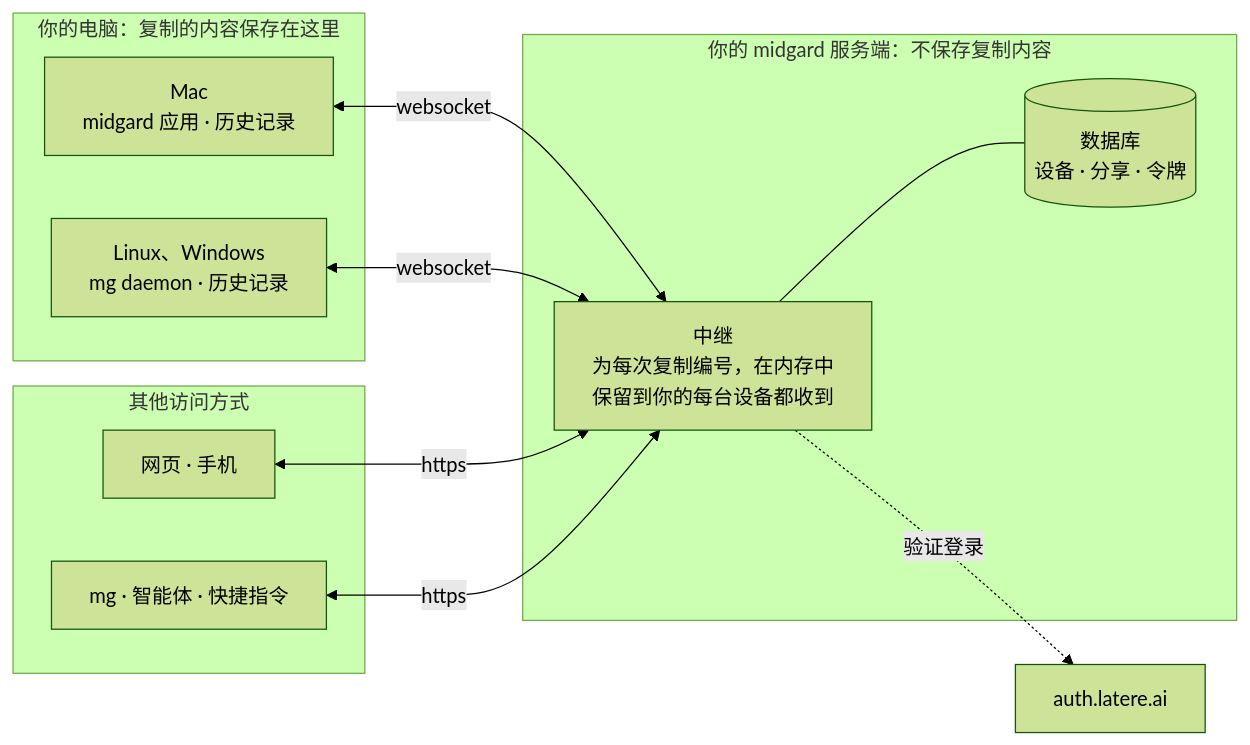
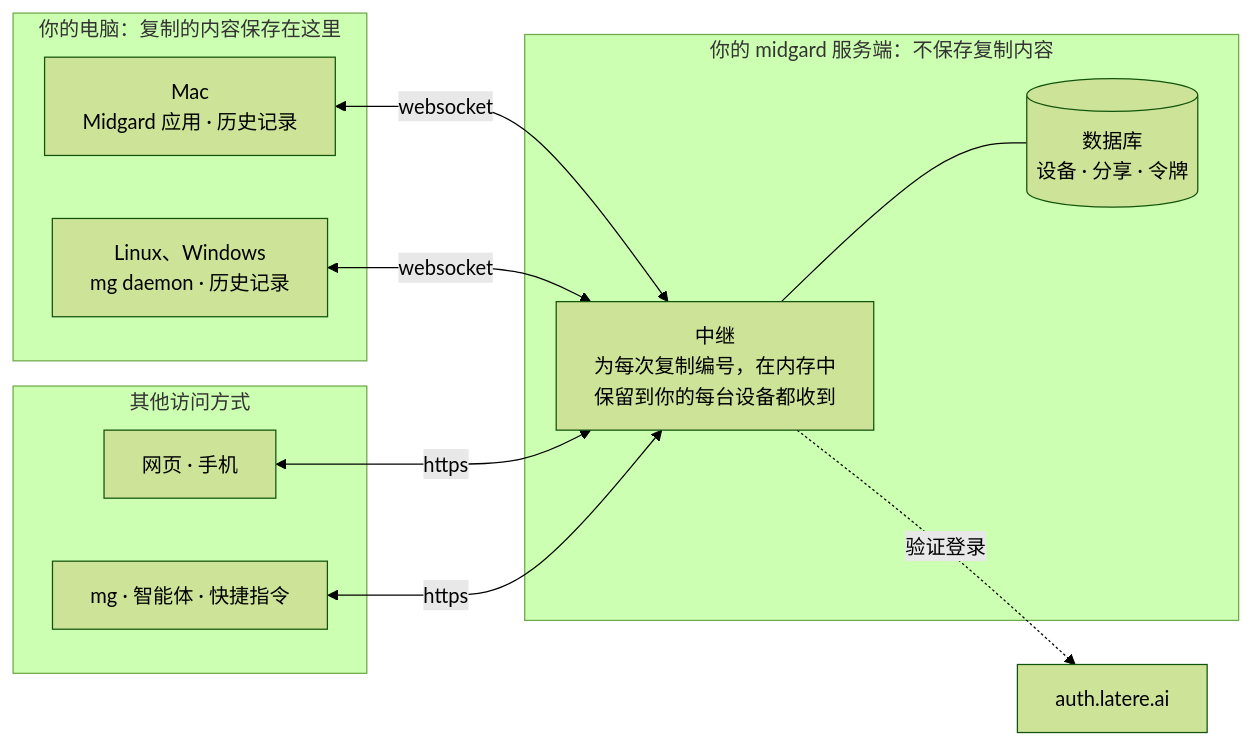
The first of 3 diagrams in docs/architecture.cn.md (changkun/midgard), drawn with Mermaid (forest theme) before and after one commit. The commit also changed 16 other files, not shown here.

First line of the commit message:
apple: give the Mac app its icon, and its name, Midgard

````diff
--- a/docs/architecture.cn.md
+++ b/docs/architecture.cn.md
@@ -7,22 +7,22 @@
 ```mermaid
 flowchart LR
     subgraph you["你的电脑：复制的内容保存在这里"]
-        A["Mac<br/>midgard 应用 · 历史记录"]
+        A["Mac<br/>Midgard 应用 · 历史记录"]
         B["Linux、Windows<br/>mg daemon · 历史记录"]
     end
     subgraph other["其他访问方式"]
         W["网页 · 手机"]
         C["mg · 智能体 · 快捷指令"]
     end
     subgraph server["你的 midgard 服务端：不保存复制内容"]
         R["中继<br/>为每次复制编号，在内存中<br/>保留到你的每台设备都收到"]
         S[("数据库<br/>设备 · 分享 · 令牌")]
     end
     L["auth.latere.ai"]
     A <-->|websocket| R
     B <-->|websocket| R
     W <-->|https| R
     C <-->|https| R
     R --- S
     R -.->|验证登录| L
 ```
````
